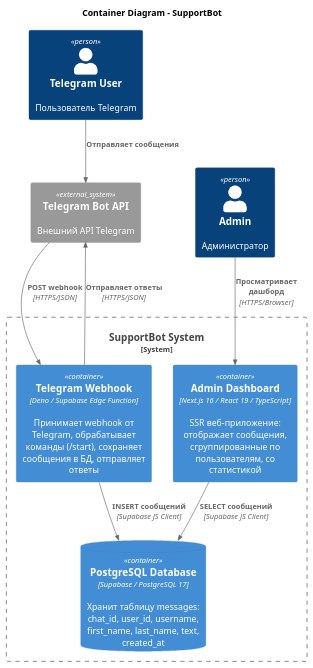
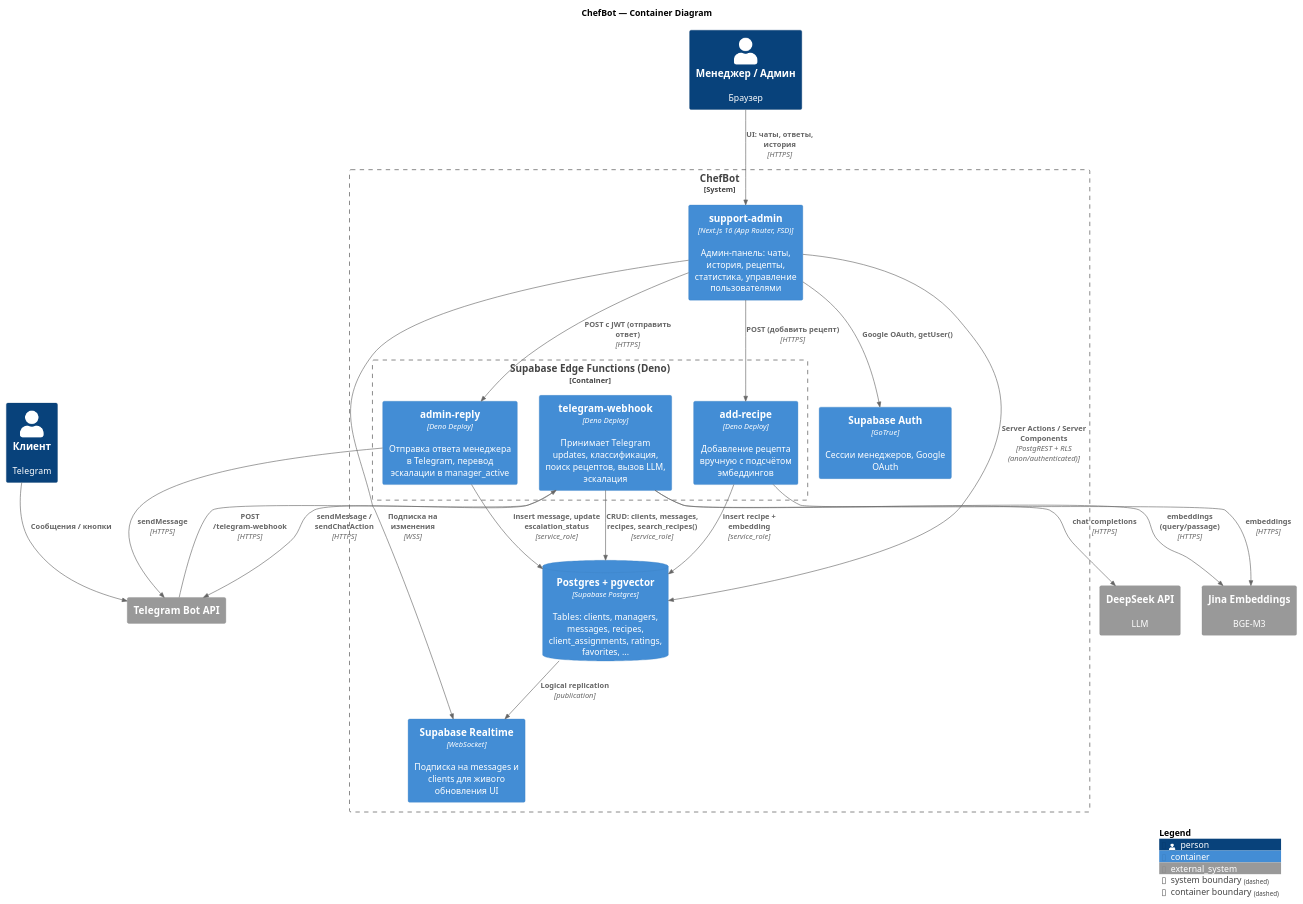
Before and after one commit to Uladzislau25/vibecoding: the diagram in docs/c4-container.puml, drawn with PlantUML. The commit also changed 7 other files, not shown here.

Commit message:
docs(architecture): regenerate C4, ERD, sequence diagrams and add SRS

```diff
--- a/docs/c4-container.puml
+++ b/docs/c4-container.puml
@@ -1,24 +1,47 @@
-@startuml C4_Container
+@startuml C4-Container
 !include https://raw.githubusercontent.com/plantuml-stdlib/C4-PlantUML/master/C4_Container.puml
 
-title Container Diagram - SupportBot
+title ChefBot — Container Diagram
 
-Person(telegram_user, "Telegram User", "Пользователь Telegram")
-Person(admin, "Admin", "Администратор")
+Person(client, "Клиент", "Telegram")
+Person(manager, "Менеджер / Админ", "Браузер")
 
-System_Ext(telegram_api, "Telegram Bot API", "Внешний API Telegram")
-
-System_Boundary(supportbot, "SupportBot System") {
-    Container(edge_function, "Telegram Webhook", "Deno / Supabase Edge Function", "Принимает webhook от Telegram, обрабатывает команды (/start), сохраняет сообщения в БД, отправляет ответы")
-    ContainerDb(database, "PostgreSQL Database", "Supabase / PostgreSQL 17", "Хранит таблицу messages: chat_id, user_id, username, first_name, last_name, text, created_at")
-    Container(web_app, "Admin Dashboard", "Next.js 16 / React 19 / TypeScript", "SSR веб-приложение: отображает сообщения, сгруппированные по пользователям, со статистикой")
+System_Boundary(chefbot, "ChefBot") {
+    Container(admin_app, "support-admin", "Next.js 16 (App Router, FSD)", "Админ-панель: чаты, история, рецепты, статистика, управление пользователями")
+    Container_Boundary(edge, "Supabase Edge Functions (Deno)") {
+        Container(fn_webhook, "telegram-webhook", "Deno Deploy", "Принимает Telegram updates, классификация, поиск рецептов, вызов LLM, эскалация")
+        Container(fn_admin_reply, "admin-reply", "Deno Deploy", "Отправка ответа менеджера в Telegram, перевод эскалации в manager_active")
+        Container(fn_add_recipe, "add-recipe", "Deno Deploy", "Добавление рецепта вручную с подсчётом эмбеддингов")
+    }
+    ContainerDb(db, "Postgres + pgvector", "Supabase Postgres", "Tables: clients, managers, messages, recipes, client_assignments, ratings, favorites, ...")
+    Container(realtime, "Supabase Realtime", "WebSocket", "Подписка на messages и clients для живого обновления UI")
+    Container(auth, "Supabase Auth", "GoTrue", "Сессии менеджеров, Google OAuth")
 }
 
-Rel(telegram_user, telegram_api, "Отправляет сообщения")
-Rel(telegram_api, edge_function, "POST webhook", "HTTPS/JSON")
-Rel(edge_function, telegram_api, "Отправляет ответы", "HTTPS/JSON")
-Rel(edge_function, database, "INSERT сообщений", "Supabase JS Client")
-Rel(web_app, database, "SELECT сообщений", "Supabase JS Client")
-Rel(admin, web_app, "Просматривает дашборд", "HTTPS/Browser")
+System_Ext(telegram, "Telegram Bot API")
+System_Ext(deepseek, "DeepSeek API", "LLM")
+System_Ext(jina, "Jina Embeddings", "BGE-M3")
 
+Rel(client, telegram, "Сообщения / кнопки")
+Rel(telegram, fn_webhook, "POST /telegram-webhook", "HTTPS")
+Rel(fn_webhook, telegram, "sendMessage / sendChatAction", "HTTPS")
+Rel(fn_admin_reply, telegram, "sendMessage", "HTTPS")
+
+Rel(manager, admin_app, "UI: чаты, ответы, история", "HTTPS")
+Rel(admin_app, auth, "Google OAuth, getUser()")
+Rel(admin_app, db, "Server Actions / Server Components", "PostgREST + RLS (anon/authenticated)")
+Rel(admin_app, realtime, "Подписка на изменения", "WSS")
+Rel(admin_app, fn_admin_reply, "POST с JWT (отправить ответ)", "HTTPS")
+Rel(admin_app, fn_add_recipe, "POST (добавить рецепт)", "HTTPS")
+
+Rel(fn_webhook, db, "CRUD: clients, messages, recipes, search_recipes()", "service_role")
+Rel(fn_webhook, deepseek, "chat completions", "HTTPS")
+Rel(fn_webhook, jina, "embeddings (query/passage)", "HTTPS")
+Rel(fn_admin_reply, db, "insert message, update escalation_status", "service_role")
+Rel(fn_add_recipe, db, "insert recipe + embedding", "service_role")
+Rel(fn_add_recipe, jina, "embeddings", "HTTPS")
+
+Rel(db, realtime, "Logical replication", "publication")
+
+SHOW_LEGEND()
 @enduml
```
